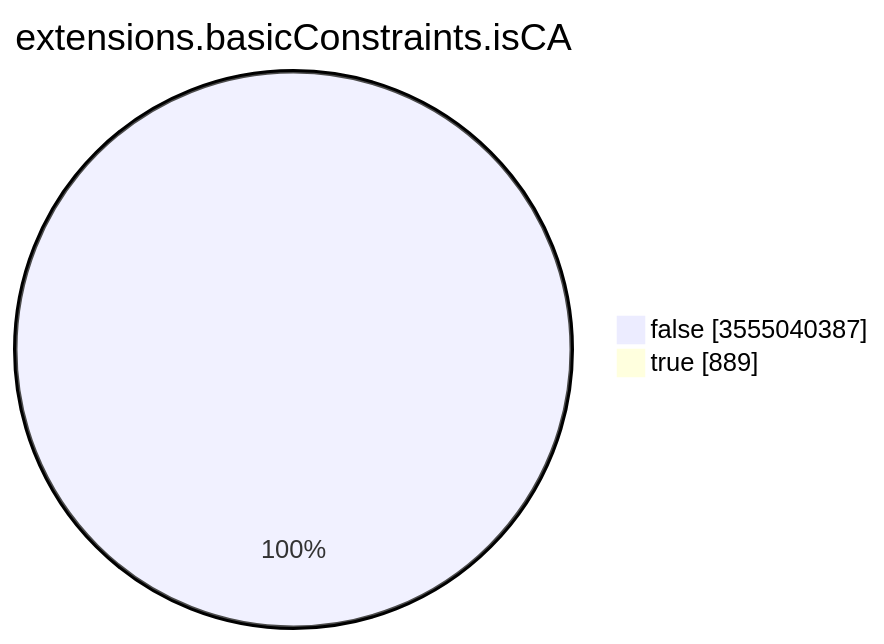
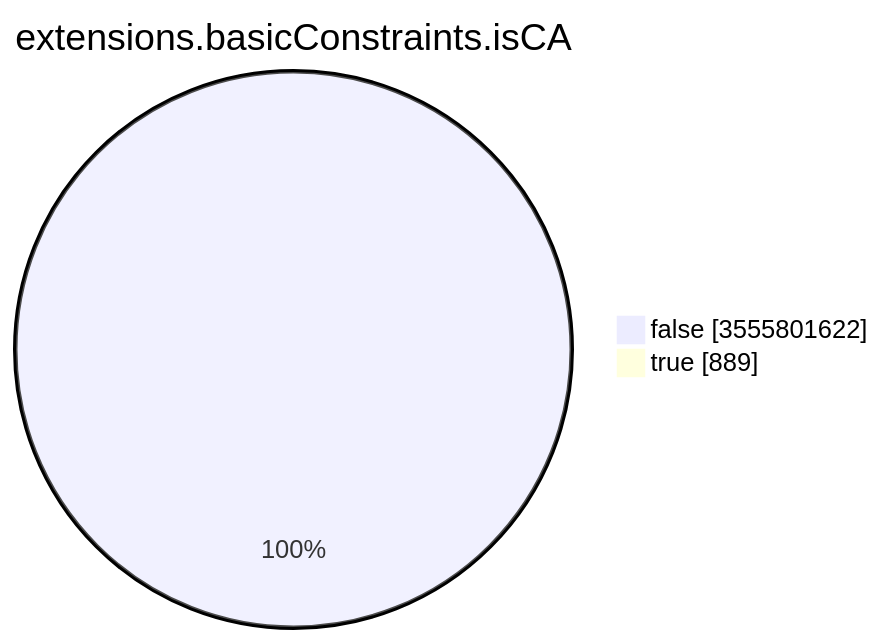
The seventh of 15 diagrams in TOTAL/README.md (christiankrug/ctmonitor_visualization), drawn with Mermaid before and after one commit. The commit also changed other lines of this file, not shown here.

````diff
--- a/TOTAL/README.md
+++ b/TOTAL/README.md
@@ -3094,6 +3094,6 @@
 ```mermaid
 pie showData
 title extensions.basicConstraints.isCA
-"false" :3555040387
+"false" :3555801622
 "true" :889
 ```
````
